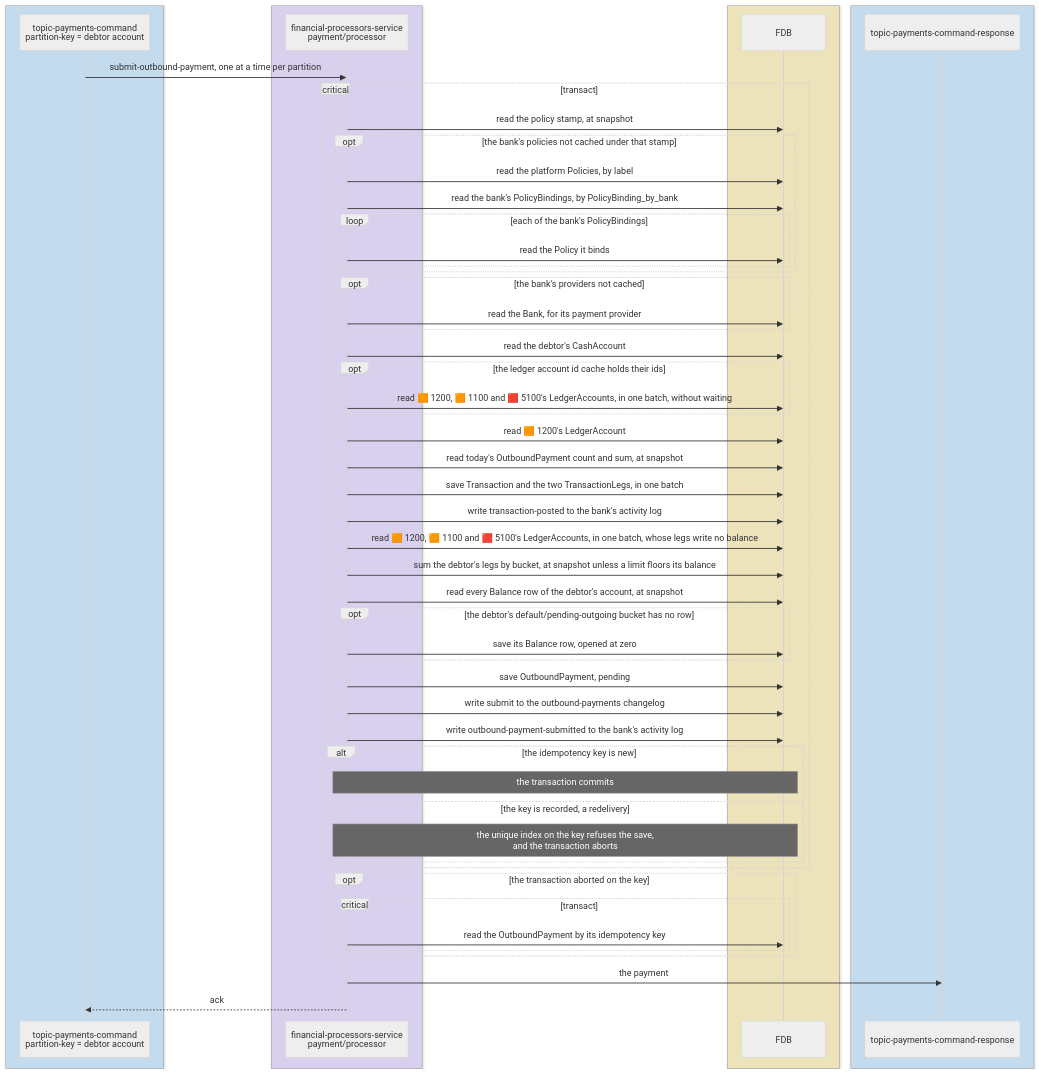
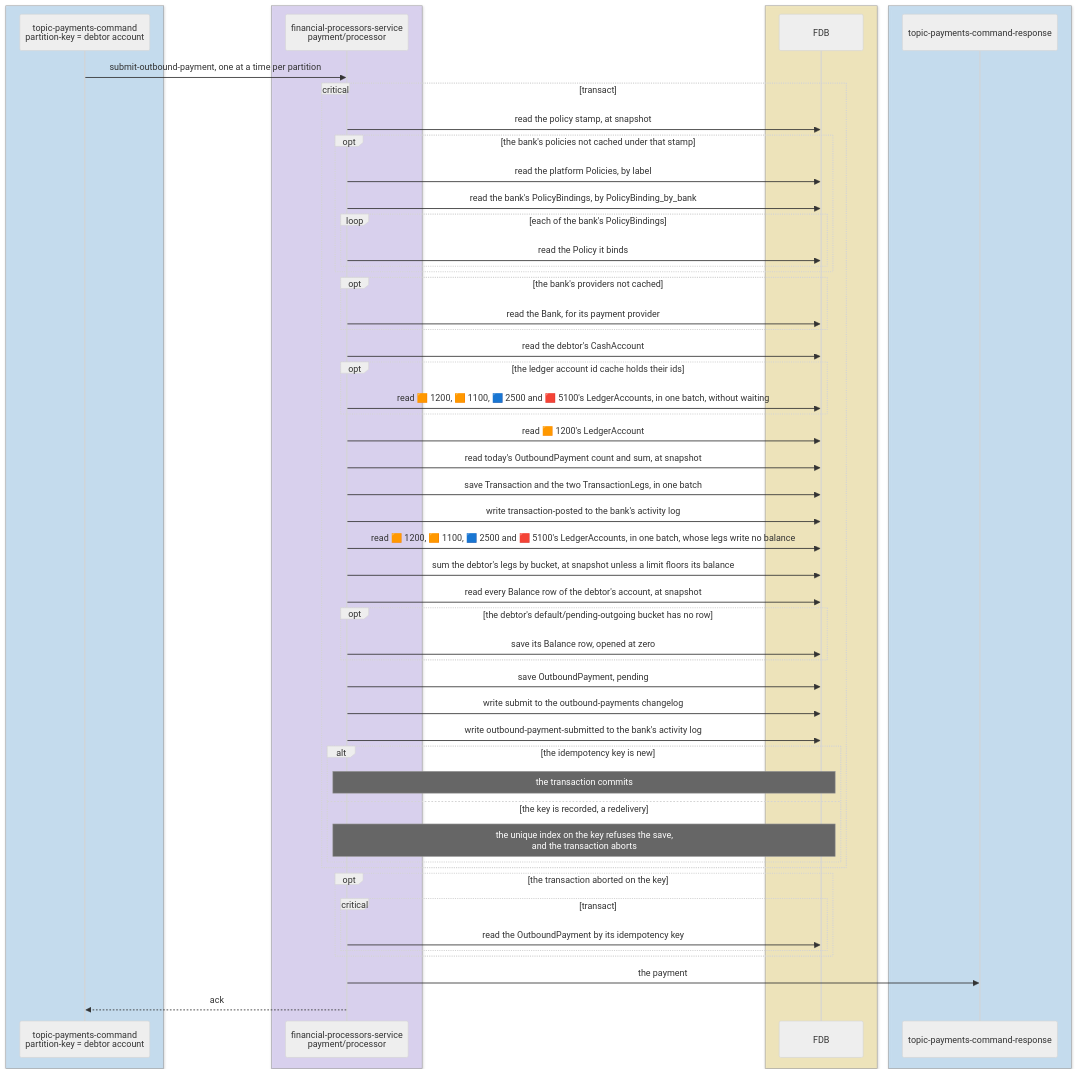
Before and after one commit to repldriven/queenswood: the third of 15 diagrams in docs/tdd/payments-outbound.md, drawn with Mermaid (neutral theme). The commit also changed other lines of this file and 48 other files, not shown here.

First line of the commit message:
Sum suspense from its legs, have ledger accounts and balances accept a posting's legs, and require a leg's product type (#880)

````diff
--- a/docs/tdd/payments-outbound.md
+++ b/docs/tdd/payments-outbound.md
@@ -154,58 +154,58 @@
 ```mermaid
 sequenceDiagram
     box rgba(165, 216, 255, 0.45)
     participant PC as topic-payments-command<br/>partition-key = debtor account
     end
     box rgba(208, 191, 255, 0.45)
     participant PP as financial-processors-service<br/>payment/processor
     end
     box rgba(255, 236, 153, 0.5)
     participant DB as FDB
     end
     box rgba(165, 216, 255, 0.45)
     participant PR as topic-payments-command-response
     end
     PC->>PP: submit-outbound-payment, one at a time per partition
     critical transact
     PP->>DB: read the policy stamp, at snapshot
     opt the bank's policies not cached under that stamp
     PP->>DB: read the platform Policies, by label
     PP->>DB: read the bank's PolicyBindings, by PolicyBinding_by_bank
     loop each of the bank's PolicyBindings
     PP->>DB: read the Policy it binds
     end
     end
     opt the bank's providers not cached
     PP->>DB: read the Bank, for its payment provider
     end
     PP->>DB: read the debtor's CashAccount
     opt the ledger account id cache holds their ids
-    PP->>DB: read 🟧 1200, 🟧 1100 and 🟥 5100's LedgerAccounts, in one batch, without waiting
+    PP->>DB: read 🟧 1200, 🟧 1100, 🟦 2500 and 🟥 5100's LedgerAccounts, in one batch, without waiting
     end
     PP->>DB: read 🟧 1200's LedgerAccount
     PP->>DB: read today's OutboundPayment count and sum, at snapshot
     PP->>DB: save Transaction and the two TransactionLegs, in one batch
     PP->>DB: write transaction-posted to the bank's activity log
-    PP->>DB: read 🟧 1200, 🟧 1100 and 🟥 5100's LedgerAccounts, in one batch, whose legs write no balance
+    PP->>DB: read 🟧 1200, 🟧 1100, 🟦 2500 and 🟥 5100's LedgerAccounts, in one batch, whose legs write no balance
     PP->>DB: sum the debtor's legs by bucket, at snapshot unless a limit floors its balance
     PP->>DB: read every Balance row of the debtor's account, at snapshot
     opt the debtor's default/pending-outgoing bucket has no row
     PP->>DB: save its Balance row, opened at zero
     end
     PP->>DB: save OutboundPayment, pending
     PP->>DB: write submit to the outbound-payments changelog
     PP->>DB: write outbound-payment-submitted to the bank's activity log
     alt the idempotency key is new
     Note over PP,DB: the transaction commits
     else the key is recorded, a redelivery
     Note over PP,DB: the unique index on the key refuses the save,<br/>and the transaction aborts
     end
     end
     opt the transaction aborted on the key
     critical transact
     PP->>DB: read the OutboundPayment by its idempotency key
     end
     end
     PP->>PR: the payment
     PP-->>PC: ack
 ```
````
